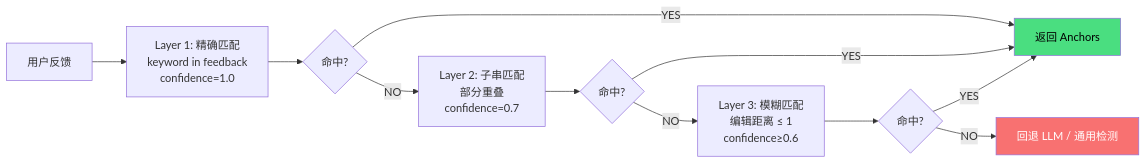
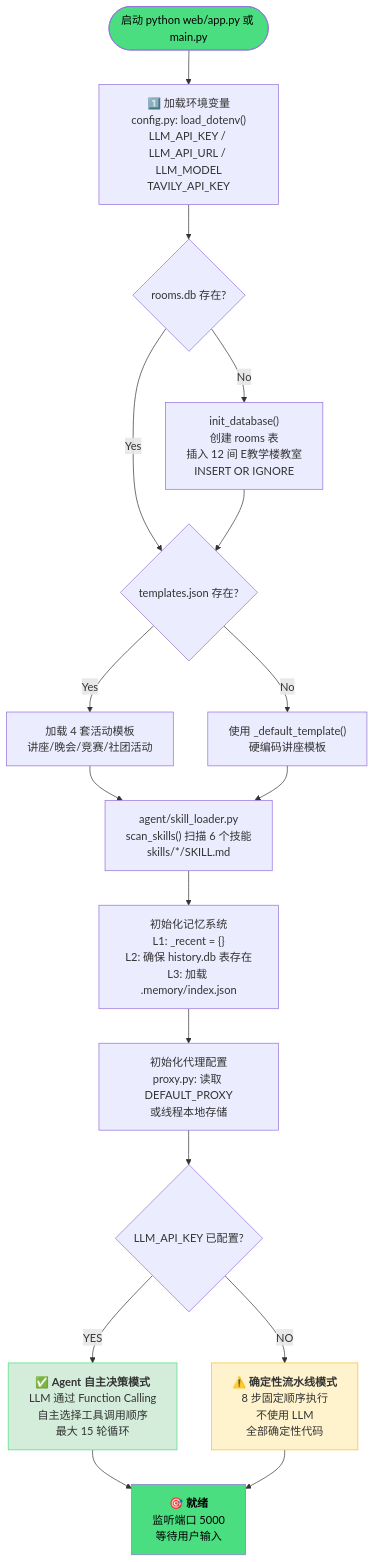
The tenth of 12 diagrams in Campus-Compass-完整工作流文档.md (shuda-li/Campus-Compass), drawn with Mermaid before and after one commit. The commit also changed other lines of this file, not shown here.

Commit message:
docs: 完整工作流文档——基于原结构更新, 新增Plan-Aware锚定/意图检测/Word导出/场地路由, 移除导航/Tavily

````diff
--- a/Campus-Compass-完整工作流文档.md
+++ b/Campus-Compass-完整工作流文档.md
@@ -366,16 +1469,34 @@
 ```mermaid
-flowchart LR
-    FB[用户反馈] --> L1["Layer 1: 精确匹配<br/>keyword in feedback<br/>confidence=1.0"]
-    L1 --> L1_CHECK{命中?}
-    L1_CHECK -->|YES| DONE[返回 Anchors]
-    L1_CHECK -->|NO| L2["Layer 2: 子串匹配<br/>部分重叠<br/>confidence=0.7"]
-    L2 --> L2_CHECK{命中?}
-    L2_CHECK -->|YES| DONE
-    L2_CHECK -->|NO| L3["Layer 3: 模糊匹配<br/>编辑距离 ≤ 1<br/>confidence≥0.6"]
-    L3 --> L3_CHECK{命中?}
-    L3_CHECK -->|YES| DONE
-    L3_CHECK -->|NO| FALLBACK[回退 LLM / 通用检测]
+flowchart TD
+    START([启动 python web/app.py 或 main.py])
 
-    style DONE fill:#4ade80,color:#000
-    style FALLBACK fill:#f87171,color:#fff
+    START --> ENV["1️⃣ 加载环境变量<br/>config.py: load_dotenv()<br/>LLM_API_KEY / LLM_API_URL / LLM_MODEL<br/>TAVILY_API_KEY"]
+    ENV --> DB_CHECK{rooms.db 存在?}
+
+    DB_CHECK -->|No| INIT["init_database()<br/>创建 rooms 表<br/>插入 12 间 E教学楼教室<br/>INSERT OR IGNORE"]
+    DB_CHECK -->|Yes| TEMPLATE_CHECK
+
+    INIT --> TEMPLATE_CHECK{templates.json 存在?}
+    TEMPLATE_CHECK -->|Yes| LOAD_T["加载 4 套活动模板<br/>讲座/晚会/竞赛/社团活动"]
+    TEMPLATE_CHECK -->|No| FALLBACK_T["使用 _default_template()<br/>硬编码讲座模板"]
+
+    LOAD_T --> SKILL
+    FALLBACK_T --> SKILL["agent/skill_loader.py<br/>scan_skills() 扫描 6 个技能<br/>skills/*/SKILL.md"]
+
+    SKILL --> MEM_INIT["初始化记忆系统<br/>L1: _recent = {}<br/>L2: 确保 history.db 表存在<br/>L3: 加载 .memory/index.json"]
+
+    MEM_INIT --> PROXY_INIT["初始化代理配置<br/>proxy.py: 读取 DEFAULT_PROXY<br/>或线程本地存储"]
+
+    PROXY_INIT --> MODE_CHECK{LLM_API_KEY 已配置?}
+
+    MODE_CHECK -->|YES| AGENT_MODE["✅ <b>Agent 自主决策模式</b><br/>LLM 通过 Function Calling<br/>自主选择工具调用顺序<br/>最大 15 轮循环"]
+    MODE_CHECK -->|NO| FALLBACK_MODE["⚠️ <b>确定性流水线模式</b><br/>8 步固定顺序执行<br/>不使用 LLM<br/>全部确定性代码"]
+
+    AGENT_MODE --> READY
+    FALLBACK_MODE --> READY["🎯 <b>就绪</b><br/>监听端口 5000<br/>等待用户输入"]
+
+    style START fill:#4ade80,color:#000
+    style AGENT_MODE fill:#d4edda,stroke:#4ade80,color:#333
+    style FALLBACK_MODE fill:#fff3cd,stroke:#fbbf24,color:#333
+    style READY fill:#4ade80,color:#000
 ```
````
